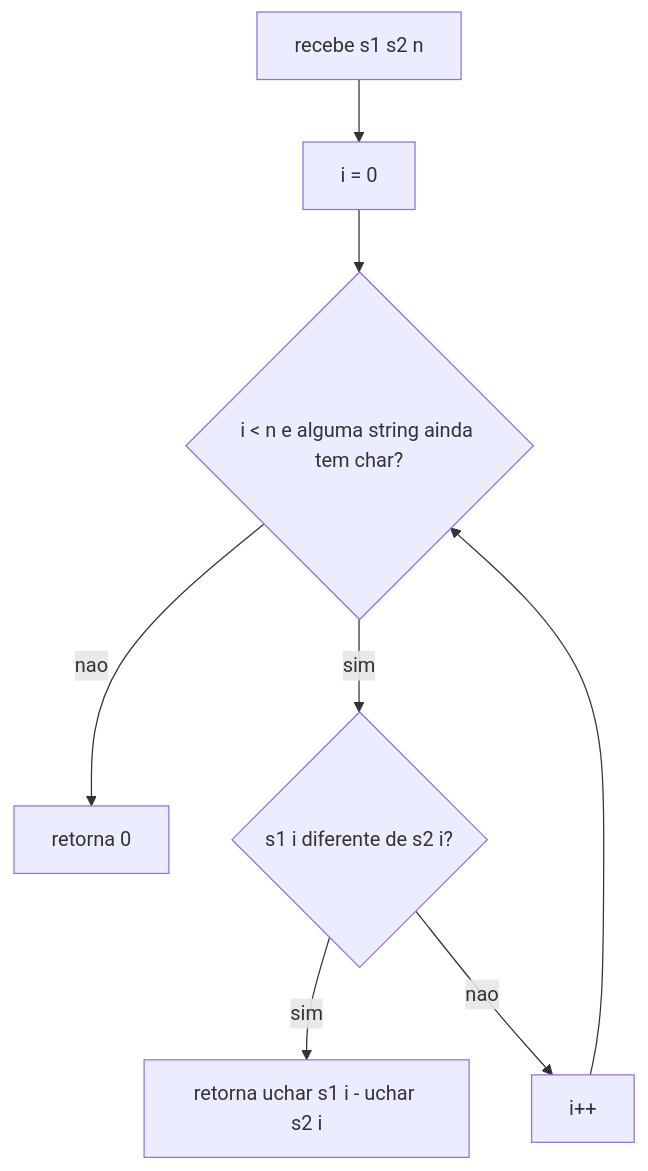
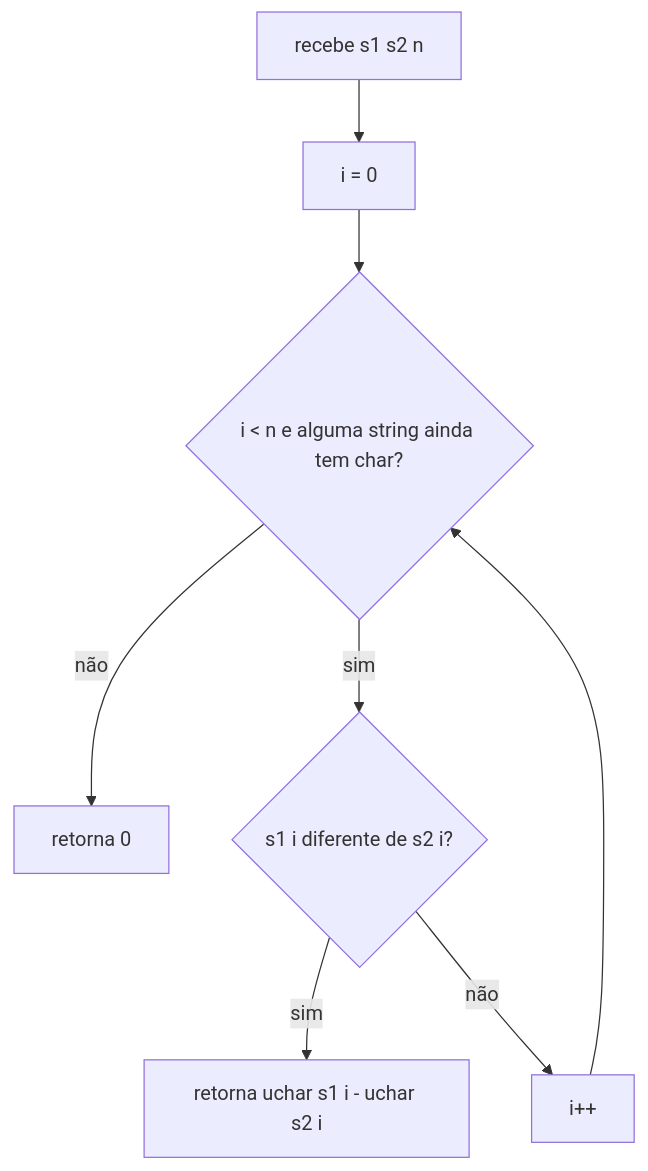
Diagram 17 of 43 in 1-libft/Readme.md (ahy-git/docs), drawn with Mermaid before and after one commit. The commit also changed other lines of this file and 1 other file, not shown here.

````diff
--- a/1-libft/Readme.md
+++ b/1-libft/Readme.md
@@ -1564,10 +1496,10 @@
 ```mermaid
 flowchart TD
-	A[recebe s1 s2 n] --> B[i = 0]
-	B --> C{i < n e alguma string ainda tem char?}
-	C -- nao --> D[retorna 0]
-	C -- sim --> E{s1 i diferente de s2 i?}
-	E -- sim --> F[retorna uchar s1 i - uchar s2 i]
-	E -- nao --> G[i++]
+	A["recebe s1 s2 n"] --> B["i = 0"]
+	B --> C{"i < n e alguma string ainda tem char?"}
+	C -- não --> D["retorna 0"]
+	C -- sim --> E{"s1 i diferente de s2 i?"}
+	E -- sim --> F["retorna uchar s1 i - uchar s2 i"]
+	E -- não --> G["i++"]
 	G --> C
 ```
````
